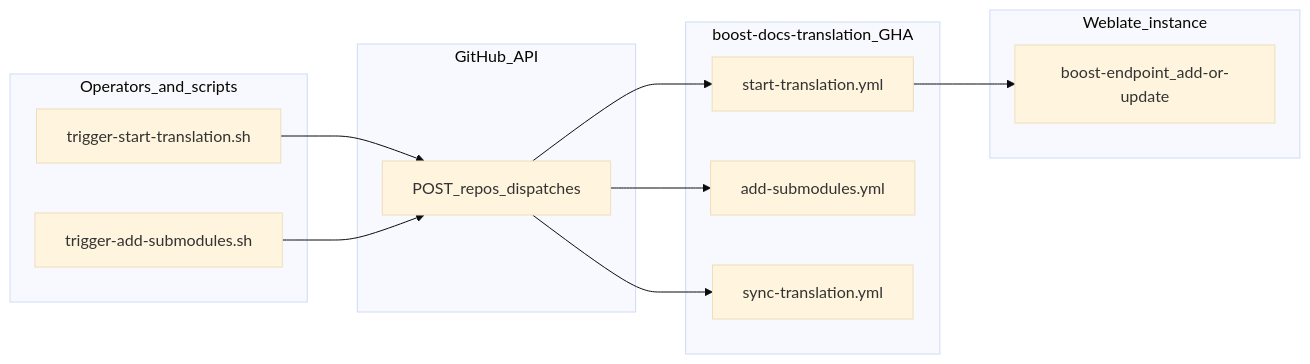
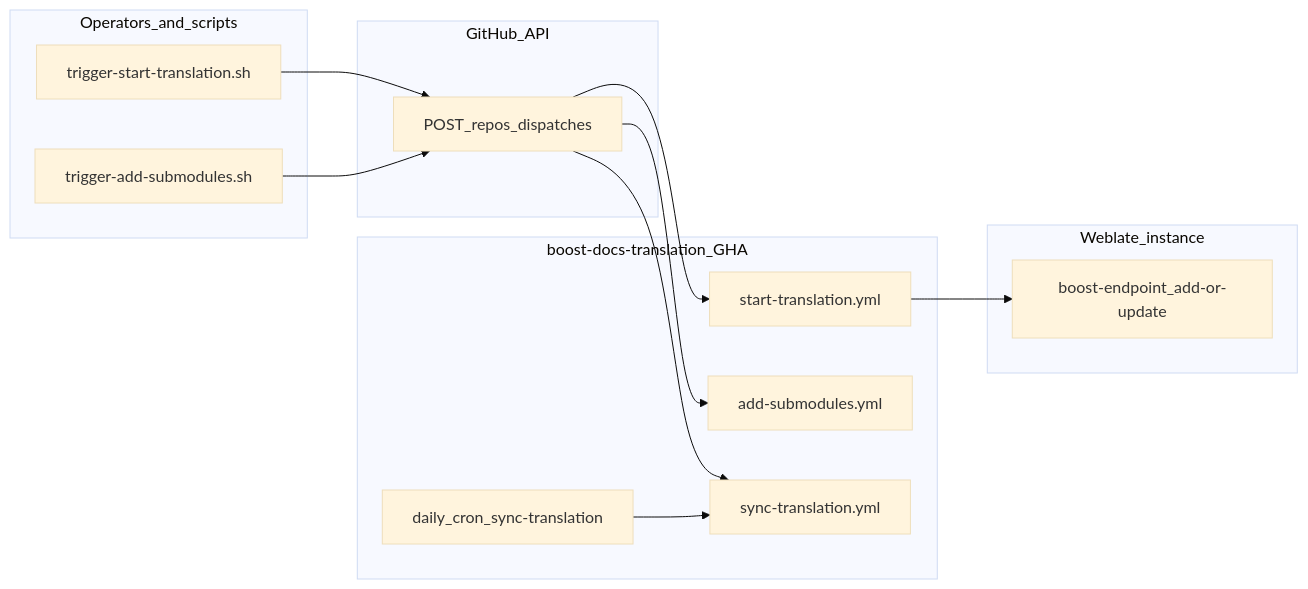
One commit to CppDigest/boost-docs-translation changed the diagram in docs/endpoint-contract.md. Above: the diagram before and after it, drawn with Mermaid (base theme). The commit also changed other lines of this file, not shown here.

````diff
--- a/docs/endpoint-contract.md
+++ b/docs/endpoint-contract.md
@@ -14,24 +14,26 @@
 ```mermaid
 flowchart LR
   subgraph operators [Operators_and_scripts]
     trigStart[trigger-start-translation.sh]
     trigAdd[trigger-add-submodules.sh]
   end
   subgraph github [GitHub_API]
     dispatches[POST_repos_dispatches]
   end
   subgraph gha [boost-docs-translation_GHA]
     wfStart[start-translation.yml]
     wfAdd[add-submodules.yml]
     wfSync[sync-translation.yml]
+    cronSync[daily_cron_sync-translation]
   end
   subgraph weblate [Weblate_instance]
     addOrUpdate[boost-endpoint_add-or-update]
   end
   trigStart --> dispatches
   trigAdd --> dispatches
   dispatches --> wfStart
   dispatches --> wfAdd
   dispatches --> wfSync
+  cronSync --> wfSync
   wfStart --> addOrUpdate
 ```
````
